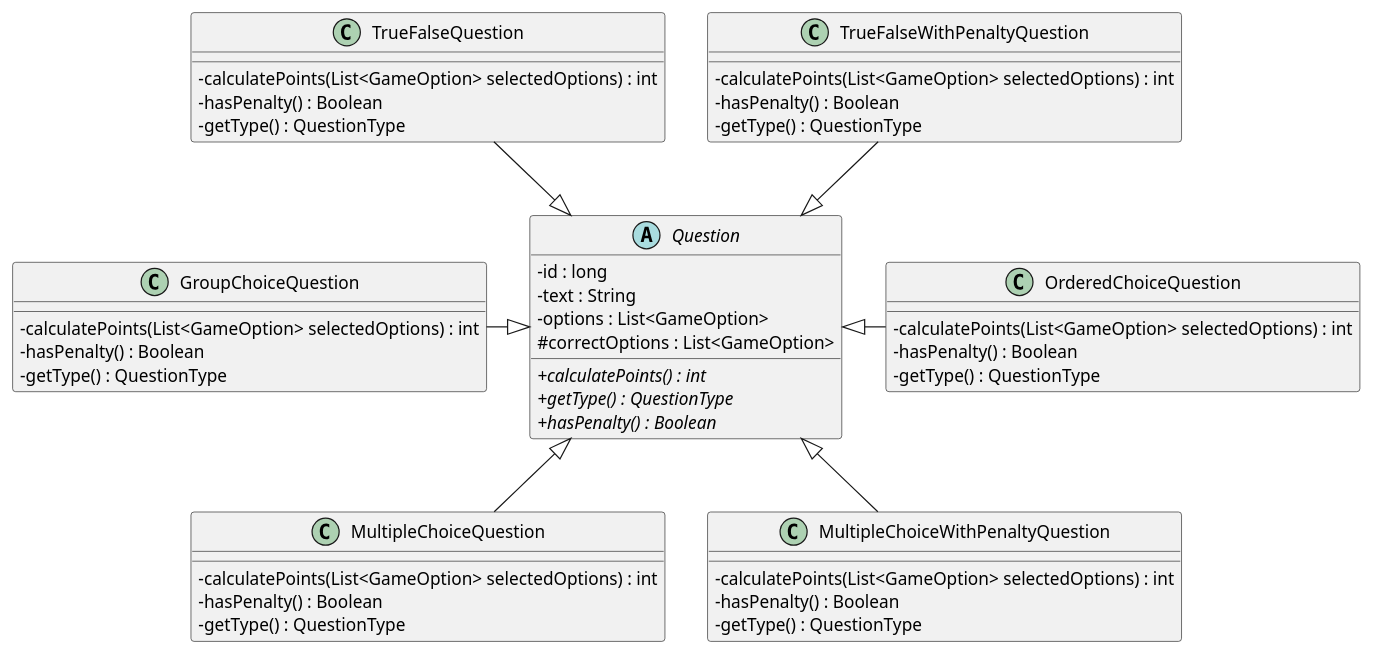
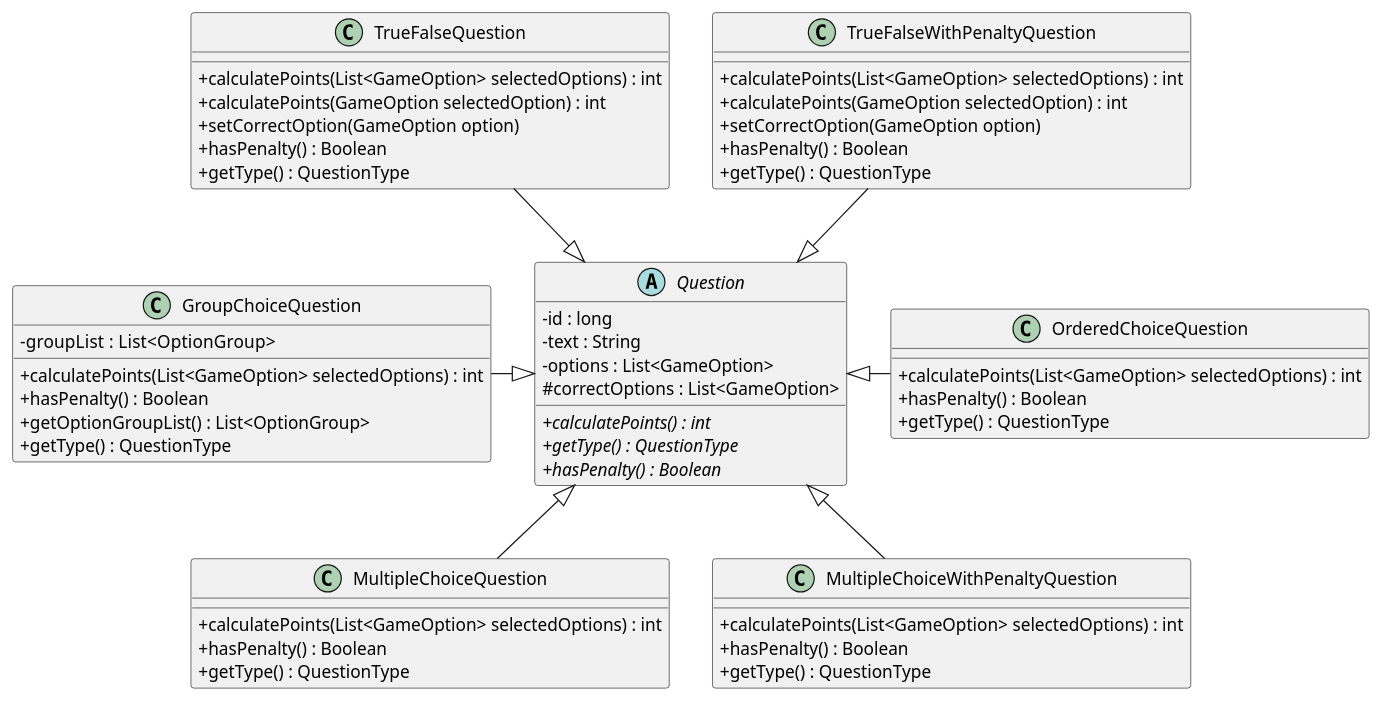
The diagram in docs/DiagramaClases-DetallePreguntas-TP2.plantuml (GEscandar/TP2-Kahoot), drawn with PlantUML before and after one commit. The commit also changed 3 other files, not shown here.

Commit message:
Corrección diagramas de clase

```diff
--- a/docs/DiagramaClases-DetallePreguntas-TP2.plantuml
+++ b/docs/DiagramaClases-DetallePreguntas-TP2.plantuml
@@ -1,62 +1,68 @@
 @startuml DiagramaUML-DetallePreguntas-TP2
 
 skinparam classAttributeIconSize 0
 
 abstract Question{
     - id : long
     - text : String
     - options : List<GameOption>
     # correctOptions : List<GameOption>
     + {abstract}calculatePoints() : int
     + {abstract}getType() : QuestionType
     + {abstract}hasPenalty() : Boolean
 }
 
 class TrueFalseQuestion{
-    - calculatePoints(List<GameOption> selectedOptions) : int
-    - hasPenalty() : Boolean
-    - getType() : QuestionType
+    + calculatePoints(List<GameOption> selectedOptions) : int
+    + calculatePoints(GameOption selectedOption) : int
+    + setCorrectOption(GameOption option)
+    + hasPenalty() : Boolean
+    + getType() : QuestionType
 }
 
 class TrueFalseWithPenaltyQuestion{
-    - calculatePoints(List<GameOption> selectedOptions) : int
-    - hasPenalty() : Boolean
-    - getType() : QuestionType
+    + calculatePoints(List<GameOption> selectedOptions) : int
+    + calculatePoints(GameOption selectedOption) : int
+    + setCorrectOption(GameOption option)
+    + hasPenalty() : Boolean
+    + getType() : QuestionType
 }
 
 class OrderedChoiceQuestion{
-    - calculatePoints(List<GameOption> selectedOptions) : int
-    - hasPenalty() : Boolean
-    - getType() : QuestionType
+    + calculatePoints(List<GameOption> selectedOptions) : int
+    + hasPenalty() : Boolean
+    + getType() : QuestionType
 }
 
 class MultipleChoiceQuestion{
-    - calculatePoints(List<GameOption> selectedOptions) : int
-    - hasPenalty() : Boolean
-    - getType() : QuestionType
+    + calculatePoints(List<GameOption> selectedOptions) : int
+    + hasPenalty() : Boolean
+    + getType() : QuestionType
 }
 
 class MultipleChoiceWithPenaltyQuestion{
-    - calculatePoints(List<GameOption> selectedOptions) : int
-    - hasPenalty() : Boolean
-    - getType() : QuestionType
+    + calculatePoints(List<GameOption> selectedOptions) : int
+    + hasPenalty() : Boolean
+    + getType() : QuestionType
 }
 
 class GroupChoiceQuestion{
-    - calculatePoints(List<GameOption> selectedOptions) : int
-    - hasPenalty() : Boolean
-    - getType() : QuestionType
+    - groupList :  List<OptionGroup>
+    + calculatePoints(List<GameOption> selectedOptions) : int
+    + hasPenalty() : Boolean
+    + getOptionGroupList() : List<OptionGroup> 
+    + getType() : QuestionType
 }
 
 
 TrueFalseQuestion --|> Question
 TrueFalseWithPenaltyQuestion --|> Question
 
 OrderedChoiceQuestion --left|> Question
 
 MultipleChoiceQuestion --up|> Question
 MultipleChoiceWithPenaltyQuestion --up|> Question
 
 GroupChoiceQuestion --right|> Question
 
 @enduml
```
